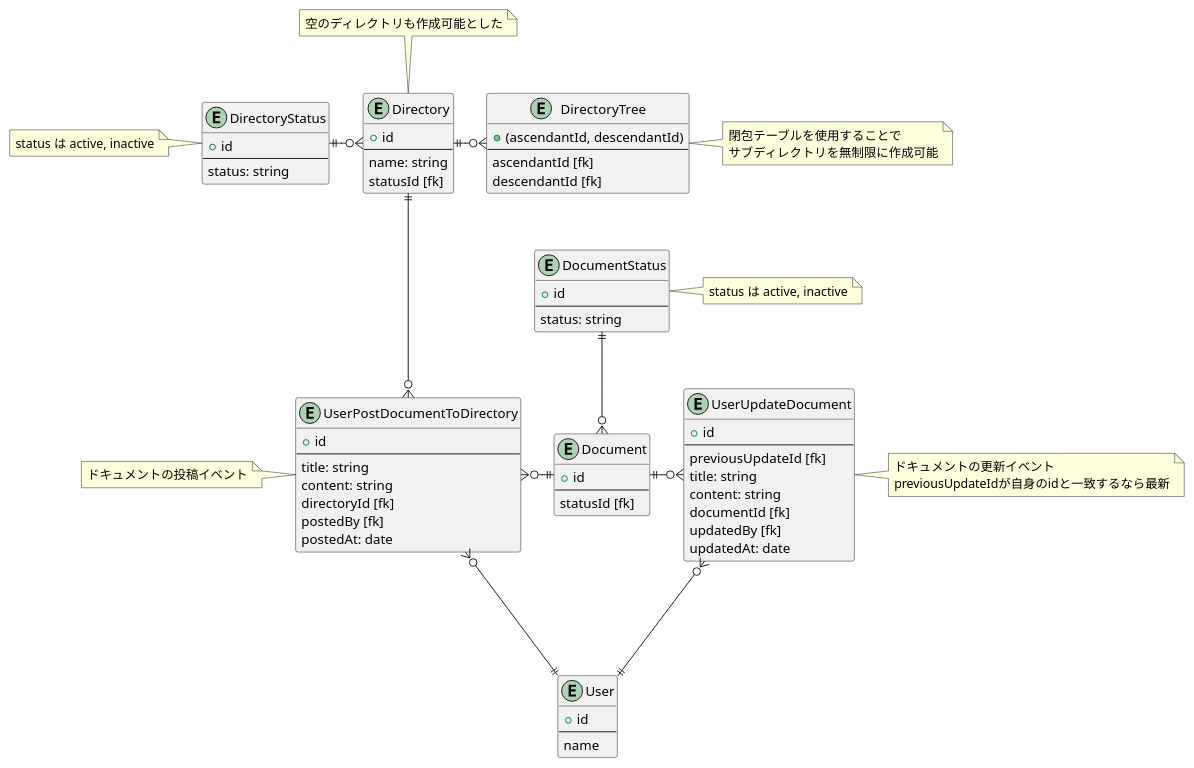
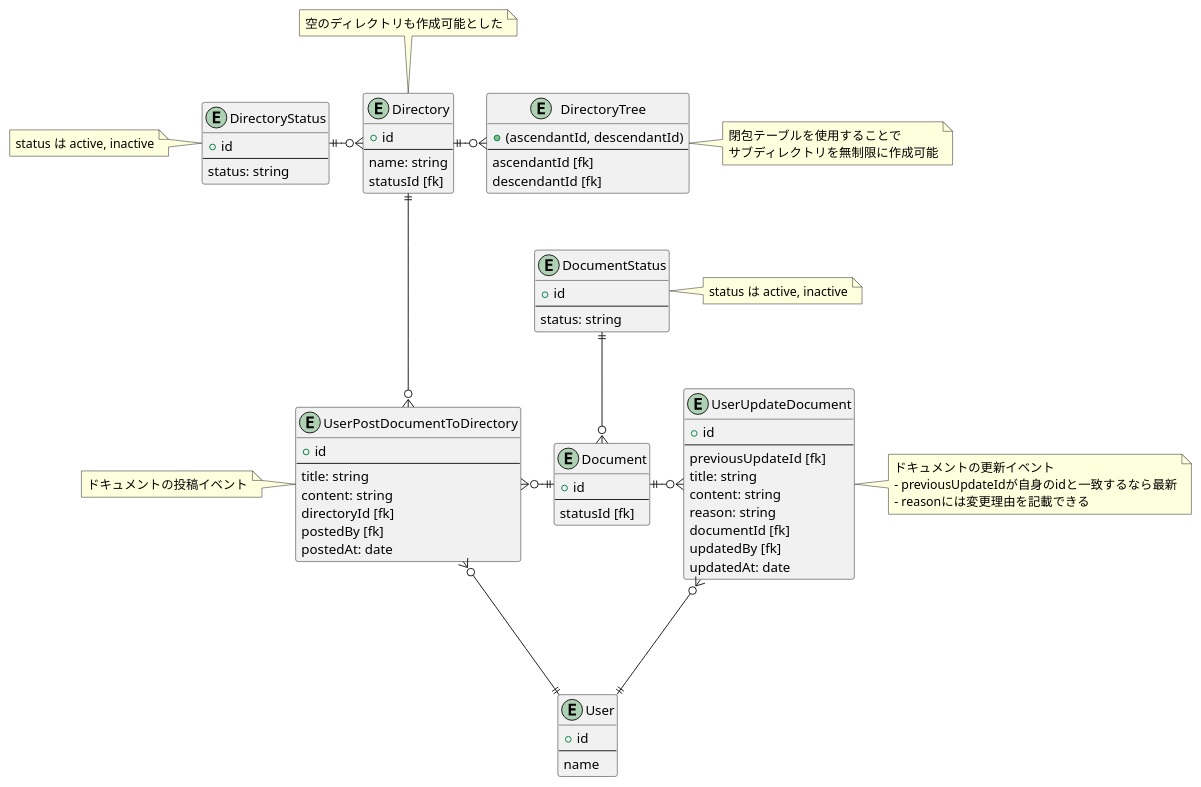
One commit to sushidesu/prahachallenge changed the first of 2 diagrams in 03_データベース/16_DBモデリング3/DBモデリング3.md. Above: the diagram before and after it, drawn with PlantUML. The commit also changed 1 other file, not shown here.

Commit message:
reasonカラムを追加

```diff
--- a/03_データベース/16_DBモデリング3/DBモデリング3.md
+++ b/03_データベース/16_DBモデリング3/DBモデリング3.md
@@ -85,13 +85,15 @@
   previousUpdateId [fk]
   title: string
   content: string
+  reason: string
   documentId [fk]
   updatedBy [fk]
   updatedAt: date
 }
 note right
 ドキュメントの更新イベント
-previousUpdateIdが自身のidと一致するなら最新
+- previousUpdateIdが自身のidと一致するなら最新
+- reasonには変更理由を記載できる
 end note
 
 Document ||-o{ UserUpdateDocument
```
